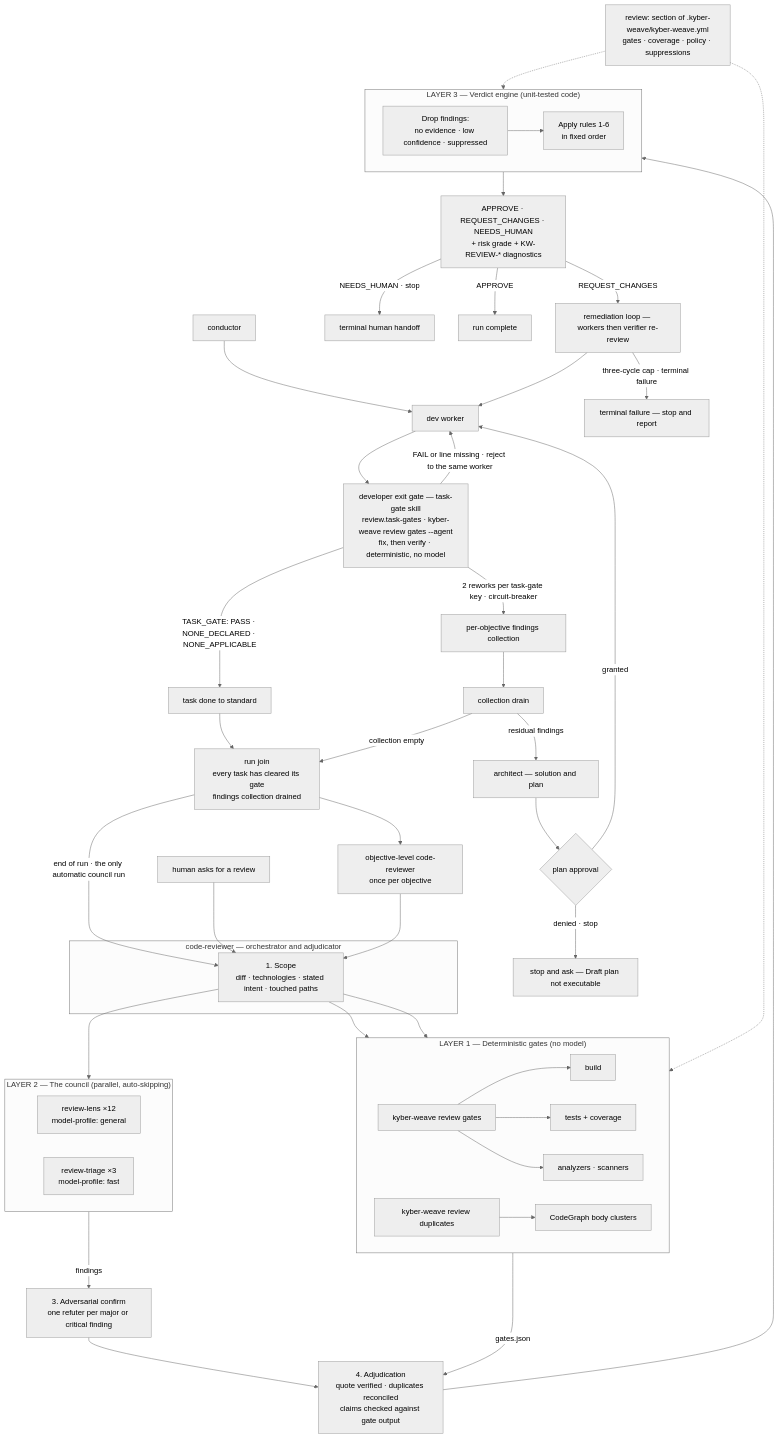
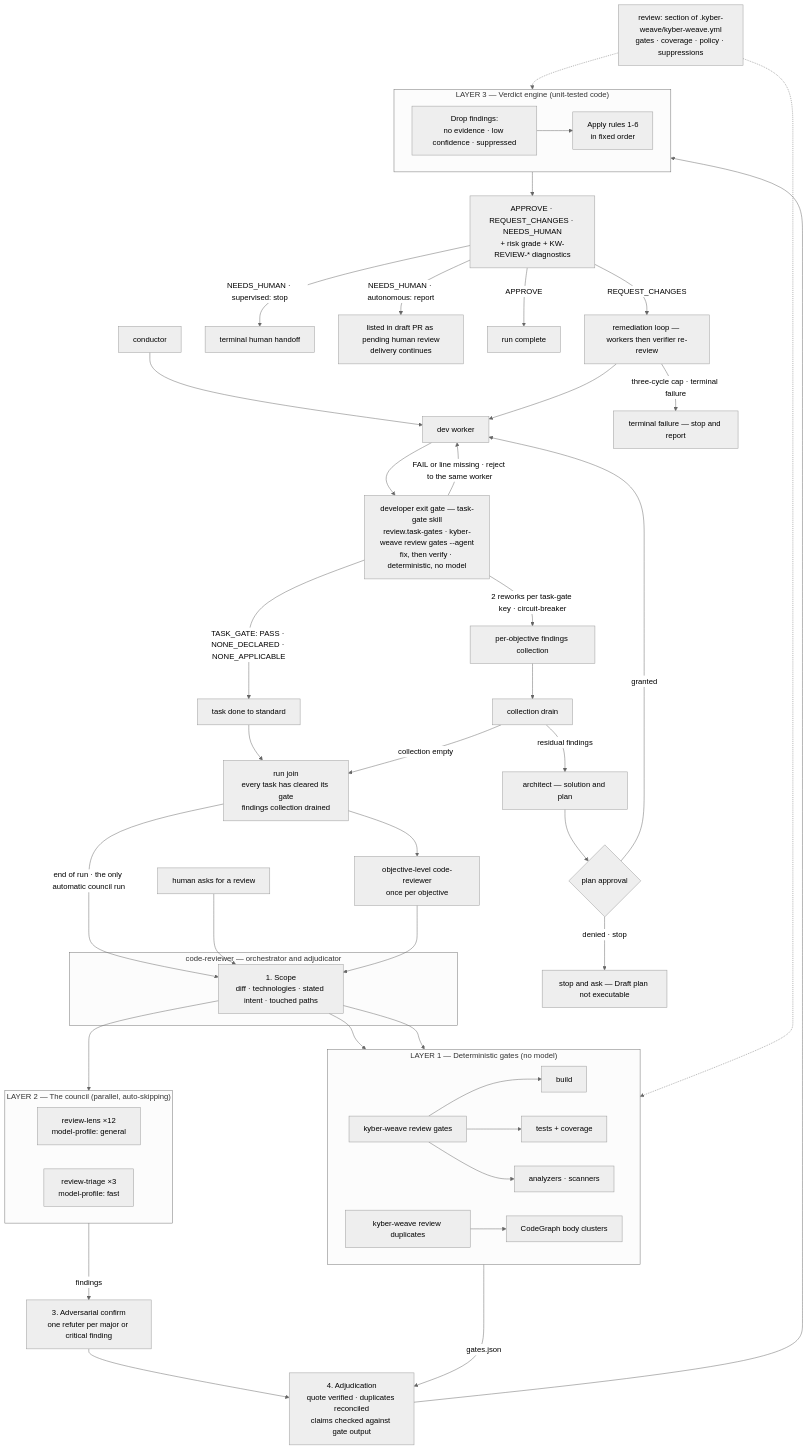
The first of 5 diagrams in docs/code-review/architecture.md (dpalfery/kyber-weave), drawn with Mermaid (neutral theme) before and after one commit. The commit also changed 27 other files, not shown here.

First line of the commit message:
feat(squad): opt-in operator channel and push-first draft delivery (#453)

````diff
--- a/docs/code-review/architecture.md
+++ b/docs/code-review/architecture.md
@@ -47,63 +47,64 @@
 ```mermaid
 flowchart TD
     Cfg["review: section of .kyber-weave/kyber-weave.yml<br/>gates · coverage · policy · suppressions"]
     Gate["developer exit gate — task-gate skill<br/>review.task-gates · kyber-weave review gates --agent<br/>fix, then verify · deterministic, no model"]
     Caller["conductor"] --> Worker["dev worker"]
     Worker --> Gate
     Gate -->|"TASK_GATE: PASS · NONE_DECLARED · NONE_APPLICABLE"| TaskDone["task done to standard"]
     Gate -->|"FAIL or line missing · reject to the same worker"| Worker
     Gate -->|"2 reworks per task-gate key · circuit-breaker"| Findings["per-objective findings collection"]
     TaskDone --> Join["run join<br/>every task has cleared its gate<br/>findings collection drained"]
     Findings --> Drain["collection drain"]
     Drain -->|"residual findings"| Architect["architect — solution and plan"]
     Architect --> Approval{"plan approval"}
     Approval -->|"granted"| Worker
     Approval -->|"denied · stop"| PlanDenied["stop and ask — Draft plan not executable"]
     Drain -->|"collection empty"| Join
     Join -->|"end of run · the only automatic council run"| Scope
     HumanAsk["human asks for a review"] --> Scope
 
     subgraph CR["code-reviewer — orchestrator and adjudicator"]
         Scope["1. Scope<br/>diff · technologies · stated intent · touched paths"]
     end
 
     Scope --> GR
     Scope --> DG
     Scope --> Council
 
     subgraph Gates["LAYER 1 — Deterministic gates (no model)"]
         direction LR
         GR["kyber-weave review gates"] --> G1["build"] & G2["tests + coverage"] & G3["analyzers · scanners"]
         DG["kyber-weave review duplicates"] --> G4["CodeGraph body clusters"]
     end
 
     subgraph Council["LAYER 2 — The council (parallel, auto-skipping)"]
         direction LR
         RL["review-lens ×12<br/>model-profile: general"]
         RT["review-triage ×3<br/>model-profile: fast"]
     end
 
     Council -->|"findings"| Confirm["3. Adversarial confirm<br/>one refuter per major or critical finding"]
     Confirm --> Adjudicate
     Gates -->|"gates.json"| Adjudicate
 
     Adjudicate["4. Adjudication<br/>quote verified · duplicates reconciled<br/>claims checked against gate output"] --> VE
 
     subgraph VE["LAYER 3 — Verdict engine (unit-tested code)"]
         direction LR
         Drop["Drop findings:<br/>no evidence · low confidence · suppressed"] --> Rules["Apply rules 1-6<br/>in fixed order"]
     end
 
     VE --> Out["APPROVE · REQUEST_CHANGES · NEEDS_HUMAN<br/>+ risk grade + KW-REVIEW-* diagnostics"]
 
-    Out -->|"NEEDS_HUMAN · stop"| Human["terminal human handoff"]
+    Out -->|"NEEDS_HUMAN · supervised: stop"| Human["terminal human handoff"]
+    Out -->|"NEEDS_HUMAN · autonomous: report"| PendingReview["listed in draft PR as pending human review<br/>delivery continues"]
     Out -->|"APPROVE"| RunComplete["run complete"]
     Out -->|"REQUEST_CHANGES"| ObjRemed["remediation loop — workers then verifier re-review"]
     ObjRemed --> Worker
     ObjRemed -->|"three-cycle cap · terminal failure"| ObjFailed["terminal failure — stop and report"]
     Join --> ObjReview["objective-level code-reviewer<br/>once per objective"]
     ObjReview --> Scope
 
     Cfg -.-> Gates
     Cfg -.-> VE
 ```
````
